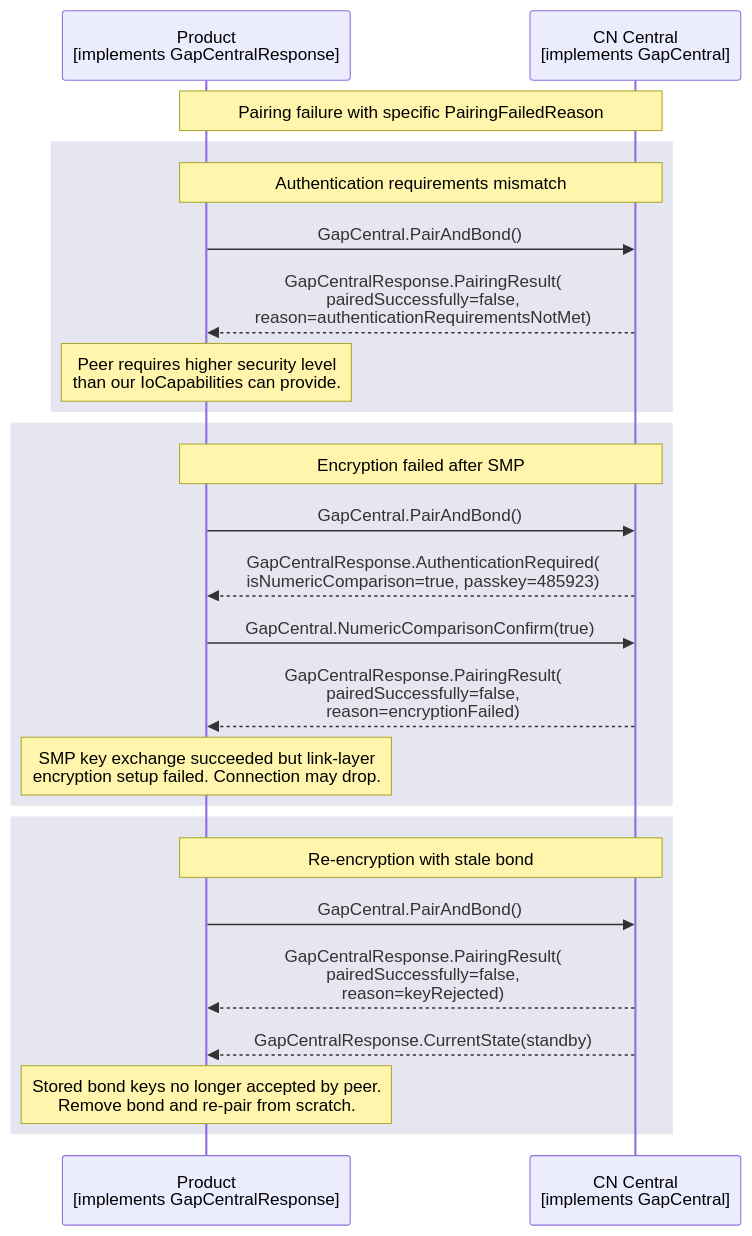
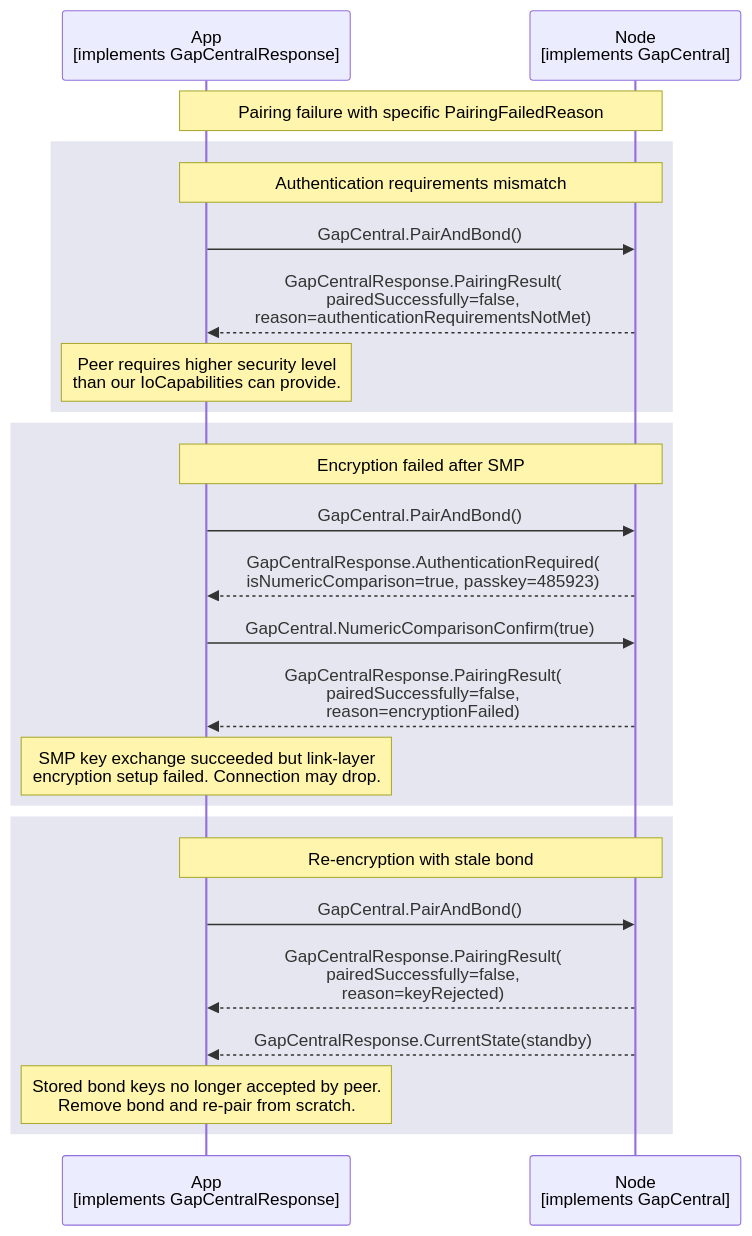
The diagram in documents/modules/ROOT/partials/echoservices/gap_central/GapCentral_PairingFailureReasons_sequence.mmd (philips-software/amp-embedded-infra-lib), drawn with Mermaid before and after one commit. The commit also changed 36 other files, not shown here.

```diff
--- a/documents/modules/ROOT/partials/echoservices/gap_central/GapCentral_PairingFailureReasons_sequence.mmd
+++ b/documents/modules/ROOT/partials/echoservices/gap_central/GapCentral_PairingFailureReasons_sequence.mmd
@@ -1,32 +1,32 @@
 sequenceDiagram
-    participant Product as Product<br>[implements GapCentralResponse]
-    participant CN as CN Central<br>[implements GapCentral]
+    participant App as App<br>[implements GapCentralResponse]
+    participant Node as Node<br>[implements GapCentral]
 
-    Note over Product, CN: Pairing failure with specific PairingFailedReason
+    Note over App, Node: Pairing failure with specific PairingFailedReason
 
     rect rgb(230, 230, 240)
-        note over Product, CN: Authentication requirements mismatch
-        Product->>CN: GapCentral.PairAndBond()
-        CN-->>Product: GapCentralResponse.PairingResult(<br>pairedSuccessfully=false,<br>reason=authenticationRequirementsNotMet)
+        note over App, Node: Authentication requirements mismatch
+        App->>Node: GapCentral.PairAndBond()
+        Node-->>App: GapCentralResponse.PairingResult(<br>pairedSuccessfully=false,<br>reason=authenticationRequirementsNotMet)
 
-        Note over Product: Peer requires higher security level<br>than our IoCapabilities can provide.
+        Note over App: Peer requires higher security level<br>than our IoCapabilities can provide.
     end
 
     rect rgb(230, 230, 240)
-        note over Product, CN: Encryption failed after SMP
-        Product->>CN: GapCentral.PairAndBond()
-        CN-->>Product: GapCentralResponse.AuthenticationRequired(<br>isNumericComparison=true, passkey=485923)
-        Product->>CN: GapCentral.NumericComparisonConfirm(true)
-        CN-->>Product: GapCentralResponse.PairingResult(<br>pairedSuccessfully=false,<br>reason=encryptionFailed)
+        note over App, Node: Encryption failed after SMP
+        App->>Node: GapCentral.PairAndBond()
+        Node-->>App: GapCentralResponse.AuthenticationRequired(<br>isNumericComparison=true, passkey=485923)
+        App->>Node: GapCentral.NumericComparisonConfirm(true)
+        Node-->>App: GapCentralResponse.PairingResult(<br>pairedSuccessfully=false,<br>reason=encryptionFailed)
 
-        Note over Product: SMP key exchange succeeded but link-layer<br>encryption setup failed. Connection may drop.
+        Note over App: SMP key exchange succeeded but link-layer<br>encryption setup failed. Connection may drop.
     end
 
     rect rgb(230, 230, 240)
-        note over Product, CN: Re-encryption with stale bond
-        Product->>CN: GapCentral.PairAndBond()
-        CN-->>Product: GapCentralResponse.PairingResult(<br>pairedSuccessfully=false,<br>reason=keyRejected)
-        CN-->>Product: GapCentralResponse.CurrentState(standby)
+        note over App, Node: Re-encryption with stale bond
+        App->>Node: GapCentral.PairAndBond()
+        Node-->>App: GapCentralResponse.PairingResult(<br>pairedSuccessfully=false,<br>reason=keyRejected)
+        Node-->>App: GapCentralResponse.CurrentState(standby)
 
-        Note over Product: Stored bond keys no longer accepted by peer.<br>Remove bond and re-pair from scratch.
+        Note over App: Stored bond keys no longer accepted by peer.<br>Remove bond and re-pair from scratch.
     end
```
